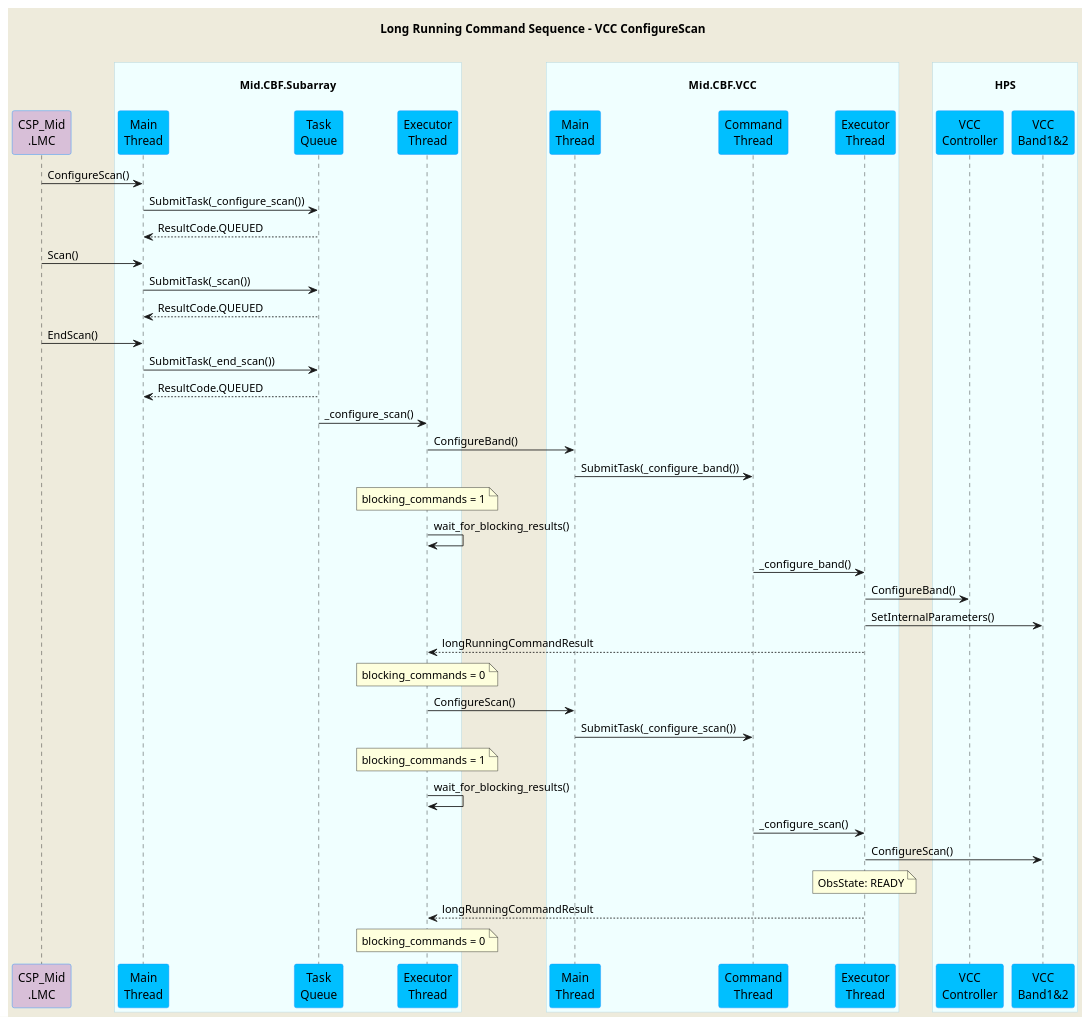
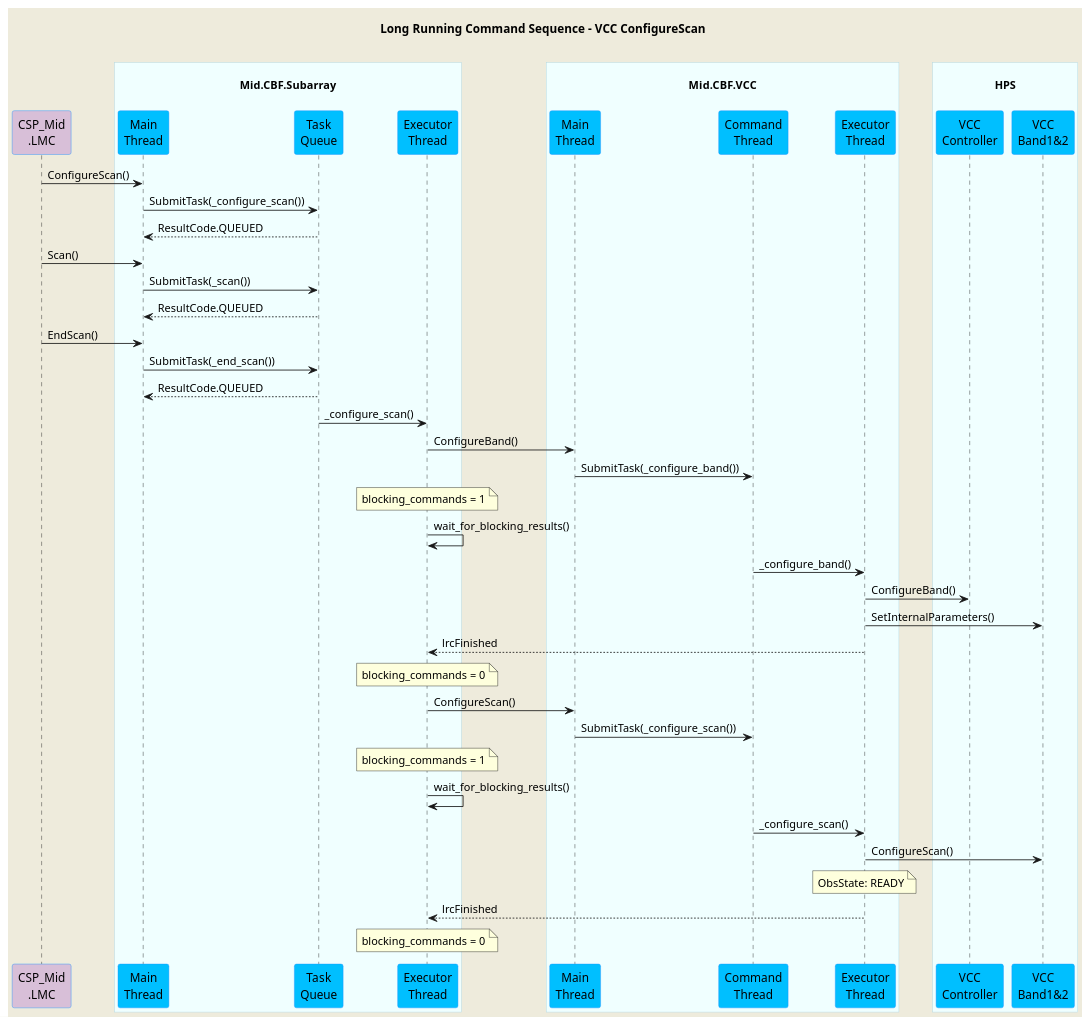
The diagram in docs/src/diagrams/lrc-sequence.puml (ska-telescope/mid-cbf-mcs), drawn with PlantUML before and after one commit. The commit also changed 48 other files, not shown here.

```diff
--- a/docs/src/diagrams/lrc-sequence.puml
+++ b/docs/src/diagrams/lrc-sequence.puml
@@ -1,76 +1,76 @@
 @startuml
 'https://plantuml.com/sequence-diagram
 
 skinparam backgroundColor #EEEBDC
 skinparam sequence {
   ParticipantBorderColor DodgerBlue
   ParticipantBackgroundColor DeepSkyBlue
   ActorBorderColor DarkGreen
   ActorBackgroundColor Green
   BoxBorderColor LightBlue
   BoxBackgroundColor #F0FFFF
 }
 skinparam collections {
   BackGroundColor LightBlue
   BorderColor DodgerBlue
 }
 skinparam database {
   BackgroundColor LightGreen
   BorderColor DarkGreen
 }
 
 title Long Running Command Sequence - VCC ConfigureScan\n
 
 participant "CSP_Mid\n.LMC" as lmc #Thistle
 
 box "\nMid.CBF.Subarray\n"
   participant "Main\nThread" as sub_main
   participant "Task\nQueue" as sub_queue
   participant "Executor\nThread" as sub_ex
 end box
 
 box "\nMid.CBF.VCC\n"
   participant "Main\nThread" as vcc_main
   participant "Command\nThread" as vcc_queue
   participant "Executor\nThread" as vcc_ex 
 end box
 
 box "\nHPS\n"
   participant "VCC\nController" as hps_vcc
   participant "VCC\nBand1&2" as hps_vccband
 end box
 
 lmc         ->  sub_main        : ConfigureScan()
 sub_main    ->  sub_queue       : SubmitTask(_configure_scan())
 sub_queue  -->  sub_main        : ResultCode.QUEUED
 
 lmc         ->  sub_main        : Scan()
 sub_main    ->  sub_queue       : SubmitTask(_scan())
 sub_queue  -->  sub_main        : ResultCode.QUEUED
 
 lmc         ->  sub_main        : EndScan()
 sub_main    ->  sub_queue       : SubmitTask(_end_scan())
 sub_queue  -->  sub_main        : ResultCode.QUEUED
 
 sub_queue   ->  sub_ex          : _configure_scan()
 sub_ex      ->  vcc_main        : ConfigureBand()
 vcc_main    ->  vcc_queue       : SubmitTask(_configure_band())
 note over sub_ex                : blocking_commands = 1
 sub_ex      ->  sub_ex          : wait_for_blocking_results()
 vcc_queue   ->  vcc_ex          : _configure_band()
 vcc_ex      ->  hps_vcc         : ConfigureBand()
 vcc_ex      ->  hps_vccband     : SetInternalParameters()
-vcc_ex     -->  sub_ex          : longRunningCommandResult
+vcc_ex     -->  sub_ex          : lrcFinished
 note over sub_ex                : blocking_commands = 0
 
 sub_ex      ->  vcc_main        : ConfigureScan()
 vcc_main    ->  vcc_queue       : SubmitTask(_configure_scan())
 note over sub_ex                : blocking_commands = 1
 sub_ex      ->  sub_ex          : wait_for_blocking_results()
 vcc_queue   ->  vcc_ex          : _configure_scan()
 vcc_ex      ->  hps_vccband     : ConfigureScan()
 note over vcc_ex                : ObsState: READY
-vcc_ex     -->  sub_ex          : longRunningCommandResult
+vcc_ex     -->  sub_ex          : lrcFinished
 note over sub_ex                : blocking_commands = 0
 
 @enduml
```
